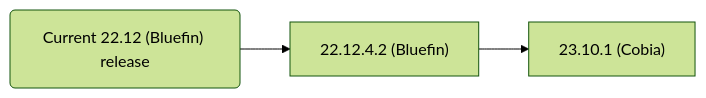
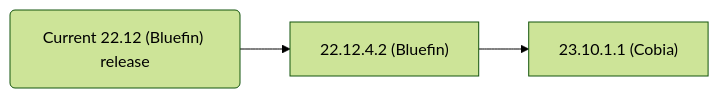
The second of 2 diagrams in content/GettingStarted/SCALEReleaseNotes.md (truenas/documentation), drawn with Mermaid (forest theme) before and after one commit. The commit also changed other lines of this file, not shown here.

```diff
--- a/content/GettingStarted/SCALEReleaseNotes.md
+++ b/content/GettingStarted/SCALEReleaseNotes.md
@@ -137,4 +137,4 @@
 {{< mermaid class="mermaid_sizing" >}}
 flowchart LR
-A("Current 22.12 (Bluefin) release") --> B["22.12.4.2 (Bluefin)"] --> C["23.10.1 (Cobia)"]
+A("Current 22.12 (Bluefin) release") --> B["22.12.4.2 (Bluefin)"] --> C["23.10.1.1 (Cobia)"]
 {{< /mermaid >}}
```
